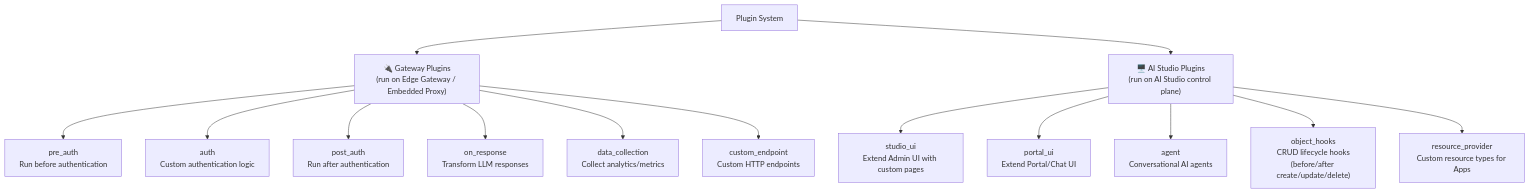
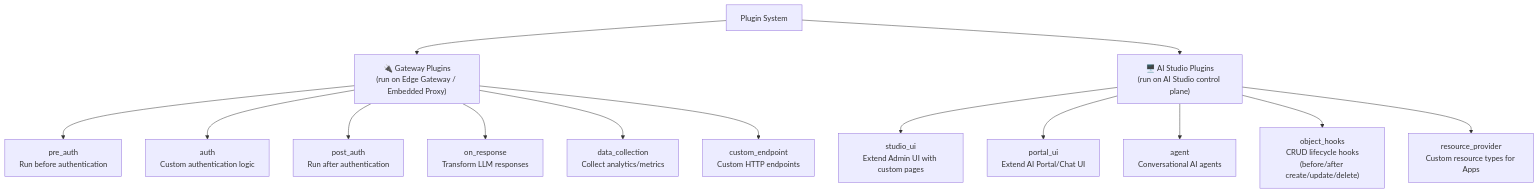
Before and after one commit to TykTechnologies/tyk-docs: the seventh of 8 diagrams in ai-management/ai-studio/ai-studio.mdx, drawn with Mermaid. The commit also changed other lines of this file and 22 other files, not shown here.

Commit message:
AI Studio: say AI Portal, not portal

````diff
--- a/ai-management/ai-studio/ai-studio.mdx
+++ b/ai-management/ai-studio/ai-studio.mdx
@@ -320,18 +320,18 @@
 ```mermaid
 graph TD
     PLUGINS["Plugin System"] --> GATEWAY["🔌 Gateway Plugins\n(run on Edge Gateway / Embedded Proxy)"]
     PLUGINS --> STUDIO["🖥️ AI Studio Plugins\n(run on AI Studio control plane)"]
 
     GATEWAY --> PRE_AUTH["pre_auth\nRun before authentication"]
     GATEWAY --> AUTH["auth\nCustom authentication logic"]
     GATEWAY --> POST_AUTH["post_auth\nRun after authentication"]
     GATEWAY --> ON_RESP["on_response\nTransform LLM responses"]
     GATEWAY --> DATA_COLL["data_collection\nCollect analytics/metrics"]
     GATEWAY --> CUSTOM_EP["custom_endpoint\nCustom HTTP endpoints"]
 
     STUDIO --> STUDIO_UI["studio_ui\nExtend Admin UI with custom pages"]
-    STUDIO --> PORTAL_UI["portal_ui\nExtend Portal/Chat UI"]
+    STUDIO --> PORTAL_UI["portal_ui\nExtend AI Portal/Chat UI"]
     STUDIO --> AGENT["agent\nConversational AI agents"]
     STUDIO --> OBJ_HOOKS["object_hooks\nCRUD lifecycle hooks\n(before/after create/update/delete)"]
     STUDIO --> RES_PROV["resource_provider\nCustom resource types for Apps"]
 ```
````
